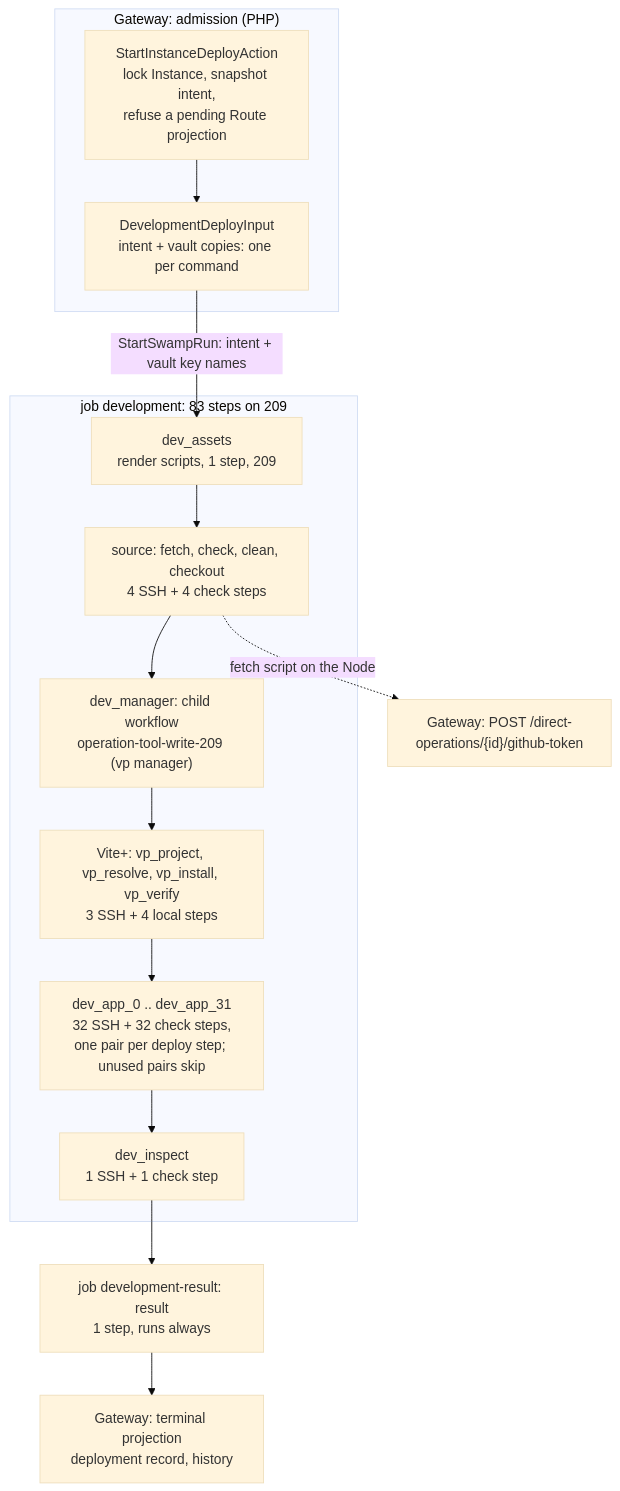
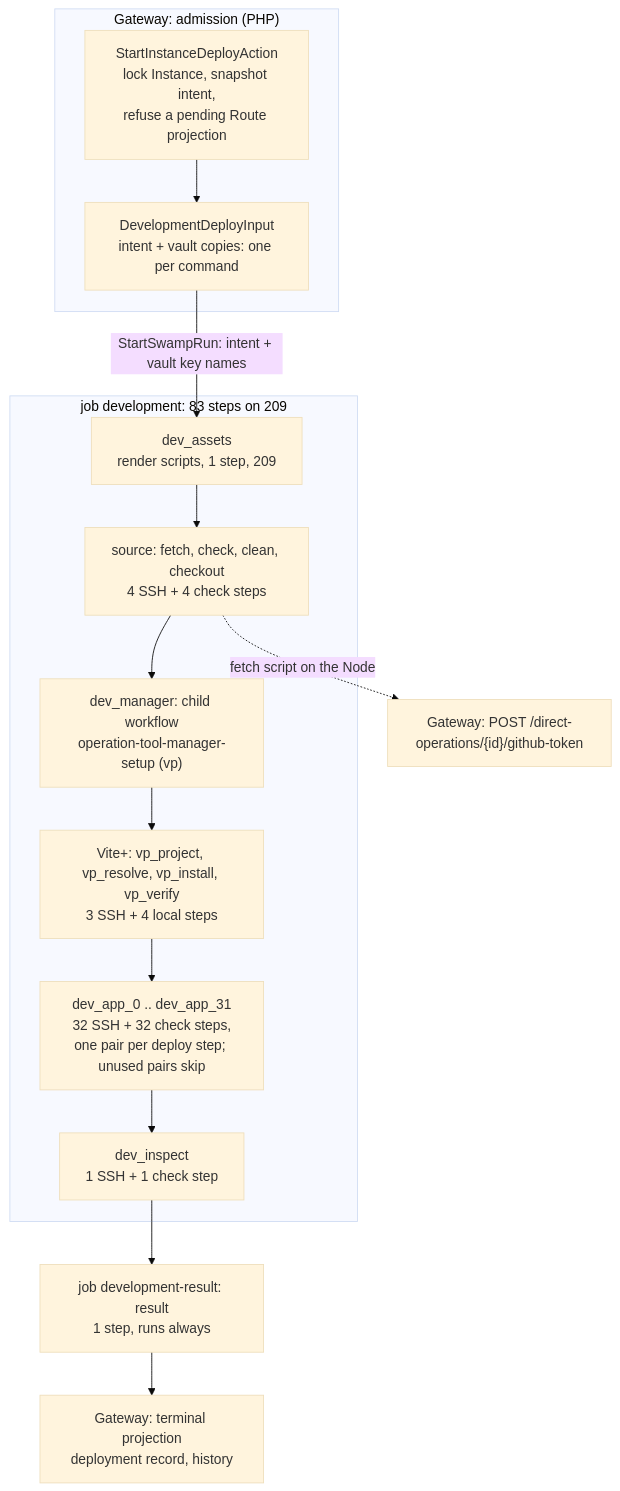
Before and after one commit to hardimpactdev/orbit: the second of 4 diagrams in docs/swamp/diagrams/instance-deploy.md, drawn with Mermaid (base theme). The commit also changed 31 other files, not shown here.

First line of the commit message:
refactor(tools): remove tool.manager_converge; callers use the shared Tool Manager setup

````diff
--- a/docs/swamp/diagrams/instance-deploy.md
+++ b/docs/swamp/diagrams/instance-deploy.md
@@ -92,26 +92,26 @@
 ```mermaid
 flowchart TD
   subgraph GW1["Gateway: admission (PHP)"]
     A1["StartInstanceDeployAction<br/>lock Instance, snapshot intent,<br/>refuse a pending Route projection"]
     A2["DevelopmentDeployInput<br/>intent + vault copies: one per command"]
     A1 --> A2
   end
 
   subgraph DEV["job development: 83 steps on 209"]
     S0["dev_assets<br/>render scripts, 1 step, 209"]
     S1["source: fetch, check, clean, checkout<br/>4 SSH + 4 check steps"]
-    S2["dev_manager: child workflow<br/>operation-tool-write-209 (vp manager)"]
+    S2["dev_manager: child workflow<br/>operation-tool-manager-setup (vp)"]
     S3["Vite+: vp_project, vp_resolve, vp_install, vp_verify<br/>3 SSH + 4 local steps"]
     S4["dev_app_0 .. dev_app_31<br/>32 SSH + 32 check steps,<br/>one pair per deploy step; unused pairs skip"]
     S5["dev_inspect<br/>1 SSH + 1 check step"]
     S0 --> S1 --> S2 --> S3 --> S4 --> S5
   end
 
   R["job development-result: result<br/>1 step, runs always"]
   G["Gateway: terminal projection<br/>deployment record, history"]
   T["Gateway: POST /direct-operations/{id}/github-token"]
 
   A2 -- "StartSwampRun: intent + vault key names" --> S0
   S1 -. "fetch script on the Node" .-> T
   S5 --> R --> G
 ```
````
